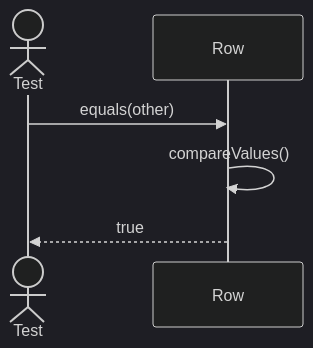
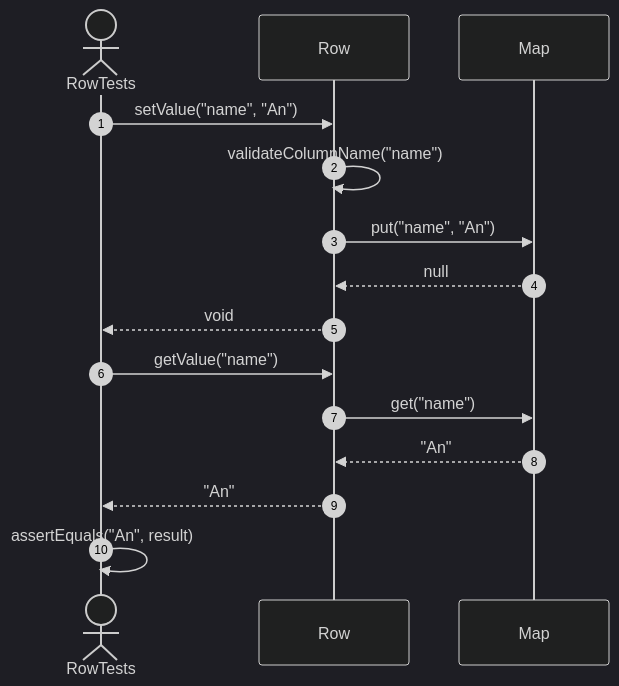
Before and after one commit to FhuAnn/-bbv-AN-s-DBMS: the sixth of 33 diagrams in src/tests/unit/metadata/sequences/rows-testing.se.md, drawn with Mermaid (dark theme). The commit also changed other lines of this file and 60 other files, not shown here.

Commit message:
refactor data table, row, column, constraint, index test file

````diff
--- a/src/tests/unit/metadata/sequences/rows-testing.se.md
+++ b/src/tests/unit/metadata/sequences/rows-testing.se.md
@@ -91,11 +149,23 @@
 ```mermaid
 sequenceDiagram
-actor Test
-participant Row
+    autonumber
 
-Test->>Row: equals(other)
+    actor Test as RowTests
+    participant Row as Row
+    participant Values as Map
 
-Row->>Row: compareValues()
+    Test->>Row: setValue("name", "An")
 
-Row-->>Test: true
+    Row->>Row: validateColumnName("name")
+    Row->>Values: put("name", "An")
+    Values-->>Row: null
+
+    Row-->>Test: void
+
+    Test->>Row: getValue("name")
+    Row->>Values: get("name")
+    Values-->>Row: "An"
+    Row-->>Test: "An"
+
+    Test->>Test: assertEquals("An", result)
 ```
````
